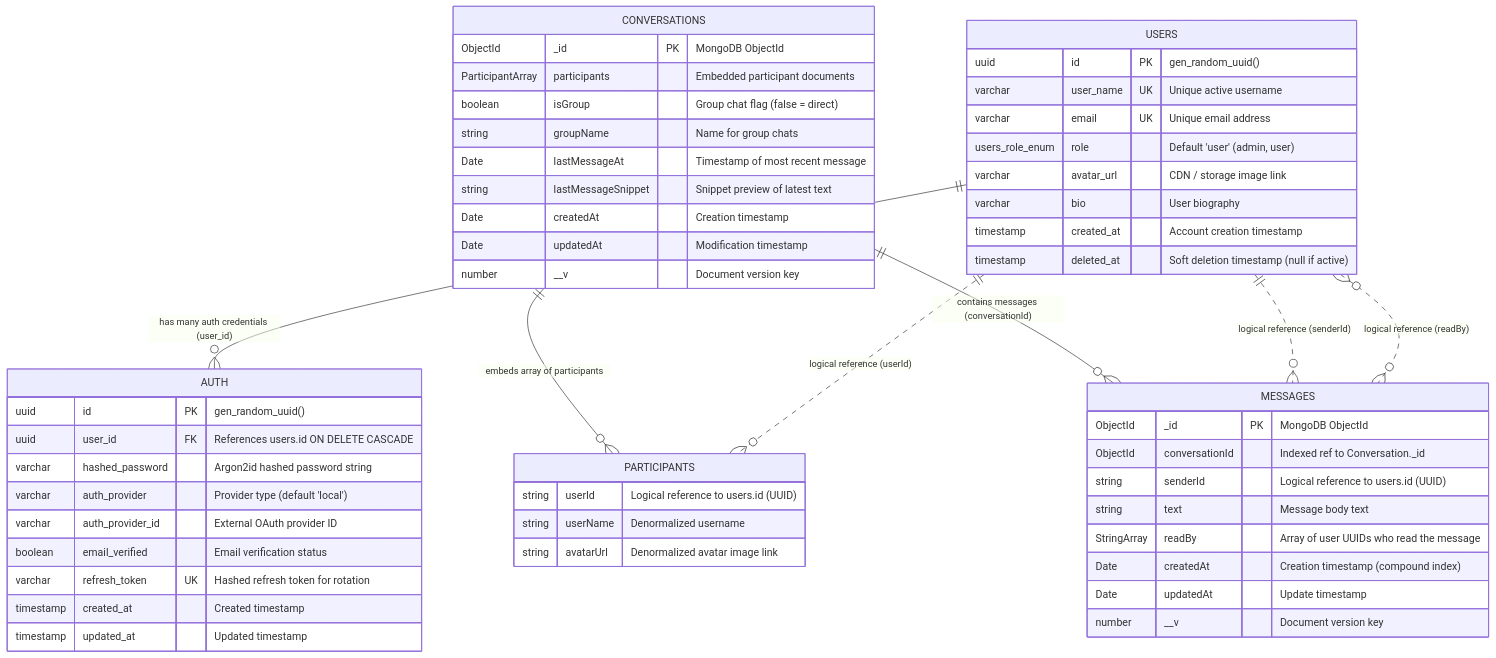
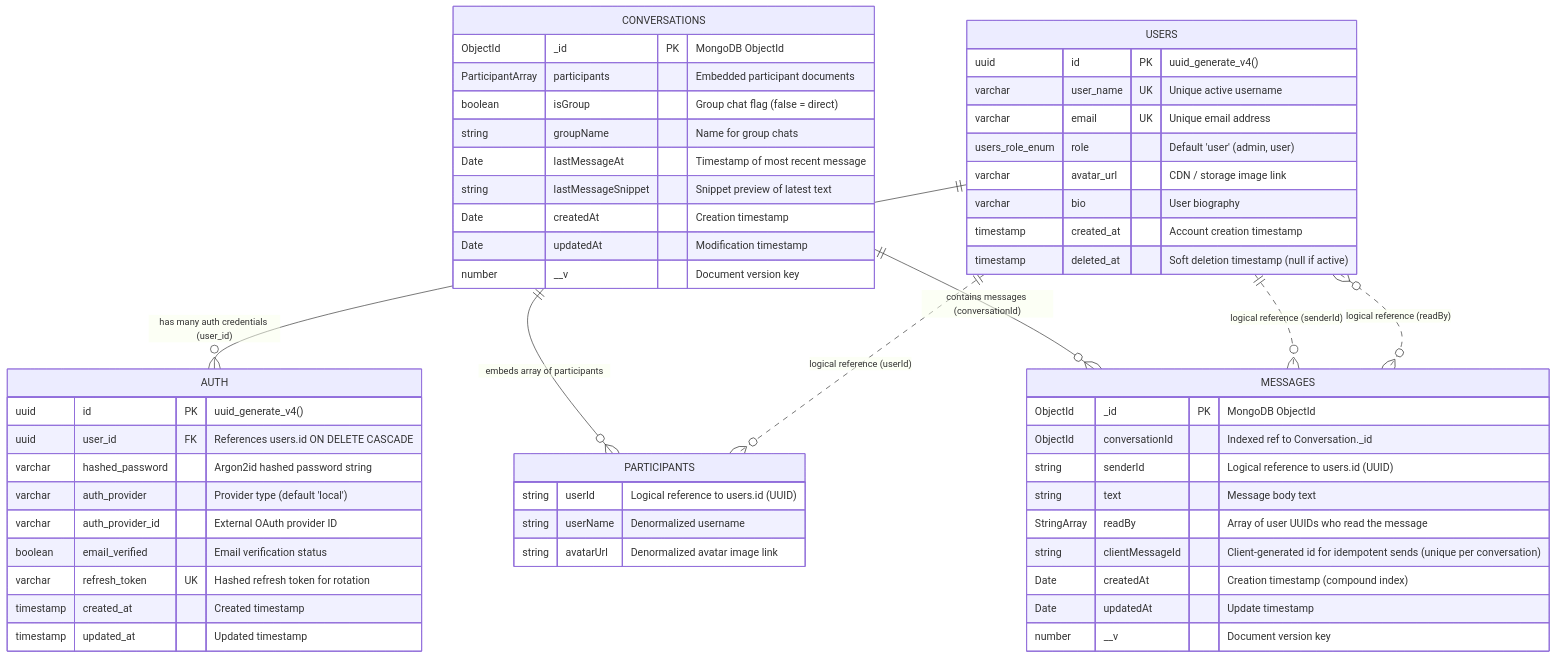
Before and after one commit to vunhat0501/messenger-clone-microservice: diagram 13 of 13 in distributed_system_report.md, drawn with Mermaid. The commit also changed other lines of this file and 31 other files, not shown here.

Commit message:
docs: redraw architecture and workflow diagrams, fix ERD types and failover notes

````diff
--- a/distributed_system_report.md
+++ b/distributed_system_report.md
@@ -261,61 +483,62 @@
 ```mermaid
 erDiagram
     USERS ||--o{ AUTH : "has many auth credentials (user_id)"
     CONVERSATIONS ||--o{ PARTICIPANTS : "embeds array of participants"
     CONVERSATIONS ||--o{ MESSAGES : "contains messages (conversationId)"
     USERS ||..o{ PARTICIPANTS : "logical reference (userId)"
     USERS ||..o{ MESSAGES : "logical reference (senderId)"
     USERS }o..o{ MESSAGES : "logical reference (readBy)"
 
     USERS {
-        uuid id PK "gen_random_uuid()"
+        uuid id PK "uuid_generate_v4()"
         varchar user_name UK "Unique active username"
         varchar email UK "Unique email address"
         users_role_enum role "Default 'user' (admin, user)"
         varchar avatar_url "CDN / storage image link"
         varchar bio "User biography"
         timestamp created_at "Account creation timestamp"
         timestamp deleted_at "Soft deletion timestamp (null if active)"
     }
 
     AUTH {
-        uuid id PK "gen_random_uuid()"
+        uuid id PK "uuid_generate_v4()"
         uuid user_id FK "References users.id ON DELETE CASCADE"
         varchar hashed_password "Argon2id hashed password string"
         varchar auth_provider "Provider type (default 'local')"
         varchar auth_provider_id "External OAuth provider ID"
         boolean email_verified "Email verification status"
         varchar refresh_token UK "Hashed refresh token for rotation"
         timestamp created_at "Created timestamp"
         timestamp updated_at "Updated timestamp"
     }
 
     CONVERSATIONS {
         ObjectId _id PK "MongoDB ObjectId"
         ParticipantArray participants "Embedded participant documents"
         boolean isGroup "Group chat flag (false = direct)"
         string groupName "Name for group chats"
         Date lastMessageAt "Timestamp of most recent message"
         string lastMessageSnippet "Snippet preview of latest text"
         Date createdAt "Creation timestamp"
         Date updatedAt "Modification timestamp"
         number __v "Document version key"
     }
 
     PARTICIPANTS {
         string userId "Logical reference to users.id (UUID)"
         string userName "Denormalized username"
         string avatarUrl "Denormalized avatar image link"
     }
 
     MESSAGES {
         ObjectId _id PK "MongoDB ObjectId"
         ObjectId conversationId "Indexed ref to Conversation._id"
         string senderId "Logical reference to users.id (UUID)"
         string text "Message body text"
         StringArray readBy "Array of user UUIDs who read the message"
+        string clientMessageId "Client-generated id for idempotent sends (unique per conversation)"
         Date createdAt "Creation timestamp (compound index)"
         Date updatedAt "Update timestamp"
         number __v "Document version key"
     }
 ```
````
